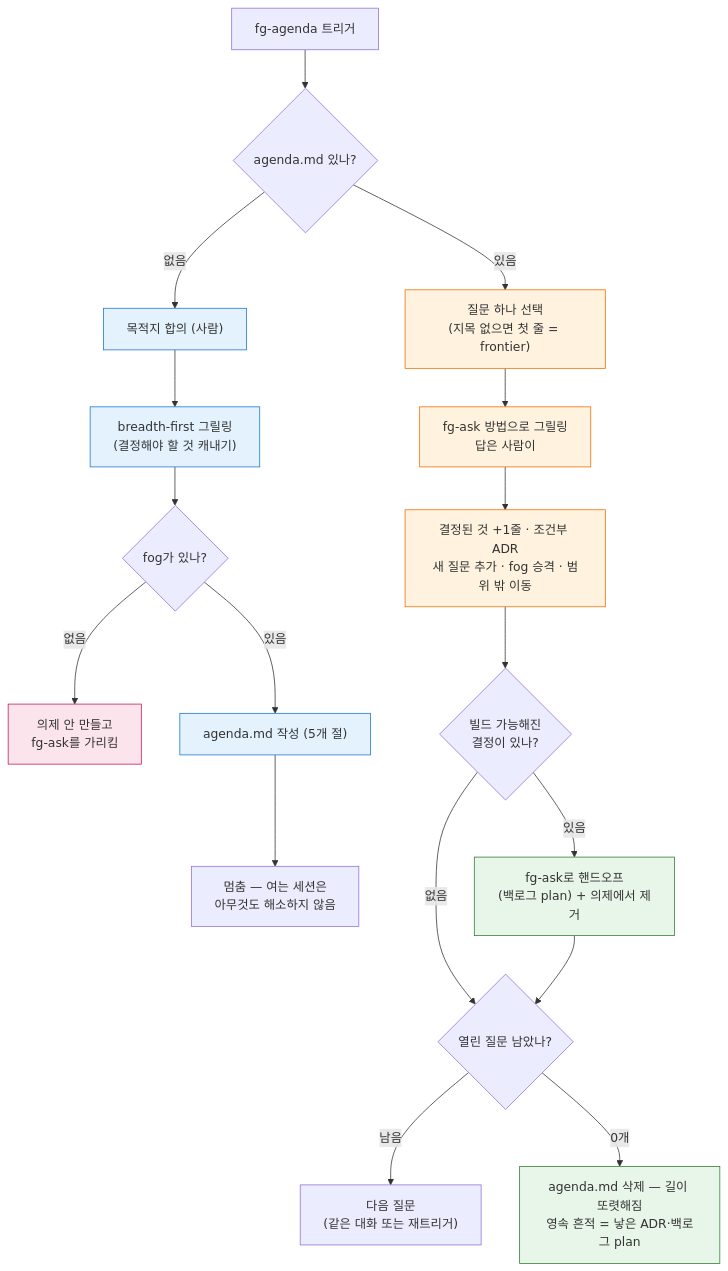
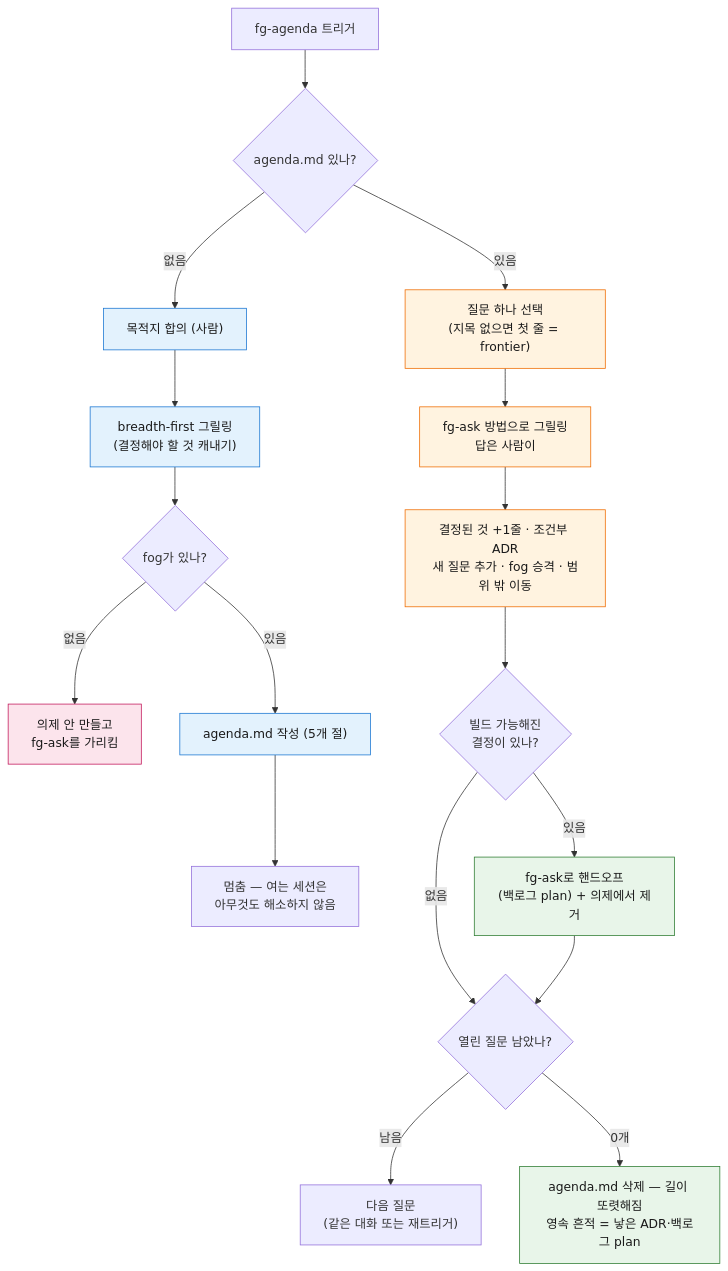
The diagram in docs/agenda.md (gyuha/forge), drawn with Mermaid before and after one commit. The commit also changed 7 other files, not shown here.

````diff
--- a/docs/agenda.md
+++ b/docs/agenda.md
@@ -70,31 +70,31 @@
 ```mermaid
 flowchart TD
     T["fg-agenda 트리거"] --> E{"agenda.md 있나?"}
 
     E -- 없음 --> D["목적지 합의 (사람)"]
     D --> B["breadth-first 그릴링<br/>(결정해야 할 것 캐내기)"]
     B --> F{"fog가 있나?"}
     F -- 없음 --> A1["의제 안 만들고<br/>fg-ask를 가리킴"]
     F -- 있음 --> W["agenda.md 작성 (5개 절)"]
     W --> S1["멈춤 — 여는 세션은<br/>아무것도 해소하지 않음"]
 
     E -- 있음 --> P["질문 하나 선택<br/>(지목 없으면 첫 줄 = frontier)"]
     P --> G["fg-ask 방법으로 그릴링<br/>답은 사람이"]
     G --> R["결정된 것 +1줄 · 조건부 ADR<br/>새 질문 추가 · fog 승격 · 범위 밖 이동"]
     R --> BD{"빌드 가능해진<br/>결정이 있나?"}
     BD -- 있음 --> H["fg-ask로 핸드오프<br/>(백로그 plan) + 의제에서 제거"]
     BD -- 없음 --> Q{"열린 질문 남았나?"}
     H --> Q
     Q -- 남음 --> P2["다음 질문<br/>(같은 대화 또는 재트리거)"]
     Q -- "0개" --> DEL["agenda.md 삭제 — 길이 또렷해짐<br/>영속 흔적 = 낳은 ADR·백로그 plan"]
 
-    style D fill:#e3f2fd,stroke:#1976d2
-    style B fill:#e3f2fd,stroke:#1976d2
-    style W fill:#e3f2fd,stroke:#1976d2
-    style P fill:#fff3e0,stroke:#ef6c00
-    style G fill:#fff3e0,stroke:#ef6c00
-    style R fill:#fff3e0,stroke:#ef6c00
-    style H fill:#e8f5e9,stroke:#2e7d32
-    style DEL fill:#e8f5e9,stroke:#2e7d32
-    style A1 fill:#fce4ec,stroke:#c2185b
+    style D fill:#e3f2fd,stroke:#1976d2,color:#1a1a1a
+    style B fill:#e3f2fd,stroke:#1976d2,color:#1a1a1a
+    style W fill:#e3f2fd,stroke:#1976d2,color:#1a1a1a
+    style P fill:#fff3e0,stroke:#ef6c00,color:#1a1a1a
+    style G fill:#fff3e0,stroke:#ef6c00,color:#1a1a1a
+    style R fill:#fff3e0,stroke:#ef6c00,color:#1a1a1a
+    style H fill:#e8f5e9,stroke:#2e7d32,color:#1a1a1a
+    style DEL fill:#e8f5e9,stroke:#2e7d32,color:#1a1a1a
+    style A1 fill:#fce4ec,stroke:#c2185b,color:#1a1a1a
 ```
````
